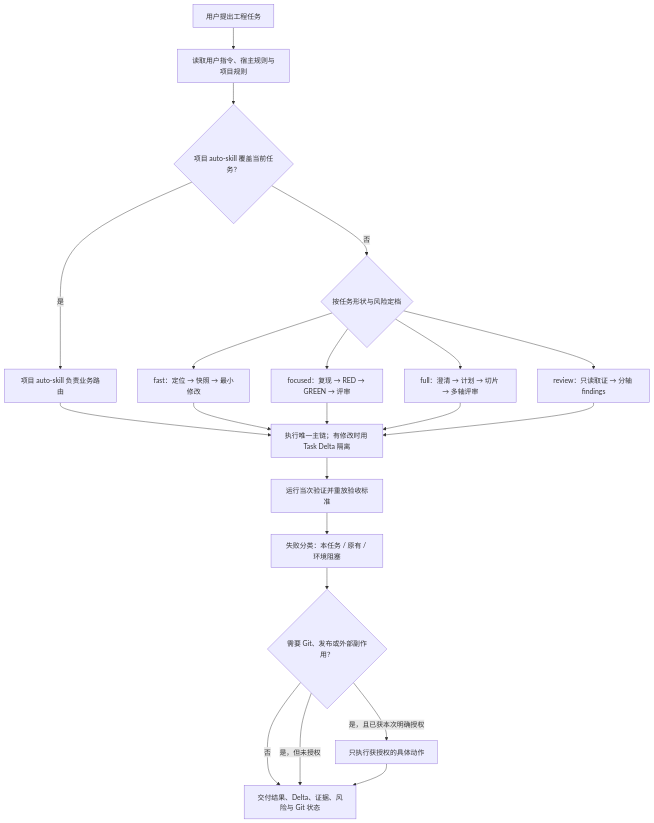
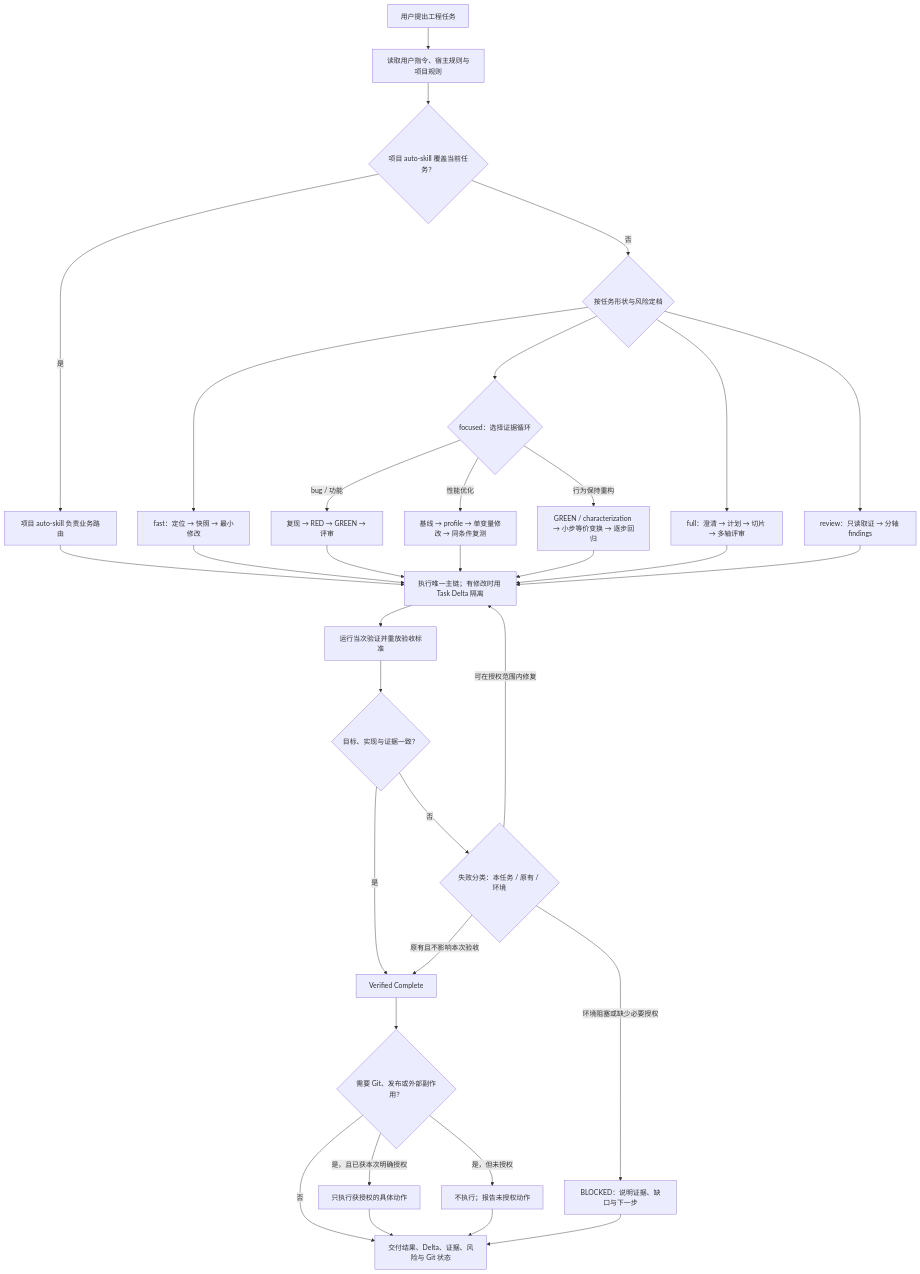
The diagram in diagrams/hahaliu-workflow-overview.mmd (hahaliu1029/hahaliu-workflow), drawn with Mermaid before and after one commit. The commit also changed 17 other files, not shown here.

Commit message:
feat:本次增加了： focused 下 Bug/功能、性能优化、行为保持重构三条证据循环。 验收失败后的修复回环。 Verified Complete 与 BLOCKED 结点。 Git、发布和外部副作用的授权分支。

```diff
--- a/diagrams/hahaliu-workflow-overview.mmd
+++ b/diagrams/hahaliu-workflow-overview.mmd
@@ -1,21 +1,33 @@
 graph TD
     A["用户提出工程任务"] --> B["读取用户指令、宿主规则与项目规则"]
     B --> C{"项目 auto-skill 覆盖当前任务？"}
     C -- "是" --> D["项目 auto-skill 负责业务路由"]
     C -- "否" --> E{"按任务形状与风险定档"}
     E --> F["fast：定位 → 快照 → 最小修改"]
-    E --> G["focused：复现 → RED → GREEN → 评审"]
+    E --> G{"focused：选择证据循环"}
     E --> H["full：澄清 → 计划 → 切片 → 多轴评审"]
     E --> I["review：只读取证 → 分轴 findings"]
+    G -- "bug / 功能" --> G1["复现 → RED → GREEN → 评审"]
+    G -- "性能优化" --> G2["基线 → profile → 单变量修改 → 同条件复测"]
+    G -- "行为保持重构" --> G3["GREEN / characterization → 小步等价变换 → 逐步回归"]
     D --> J["执行唯一主链；有修改时用 Task Delta 隔离"]
     F --> J
-    G --> J
+    G1 --> J
+    G2 --> J
+    G3 --> J
     H --> J
     I --> J
     J --> K["运行当次验证并重放验收标准"]
-    K --> L["失败分类：本任务 / 原有 / 环境阻塞"]
-    L --> M{"需要 Git、发布或外部副作用？"}
+    K --> L{"目标、实现与证据一致？"}
+    L -- "是" --> V["Verified Complete"]
+    L -- "否" --> R{"失败分类：本任务 / 原有 / 环境"}
+    R -- "可在授权范围内修复" --> J
+    R -- "原有且不影响本次验收" --> V
+    R -- "环境阻塞或缺少必要授权" --> Q["BLOCKED：说明证据、缺口与下一步"]
+    V --> M{"需要 Git、发布或外部副作用？"}
     M -- "否" --> O["交付结果、Delta、证据、风险与 Git 状态"]
     M -- "是，且已获本次明确授权" --> N["只执行获授权的具体动作"]
-    M -- "是，但未授权" --> O
+    M -- "是，但未授权" --> U["不执行；报告未授权动作"]
+    Q --> O
+    U --> O
     N --> O
```
